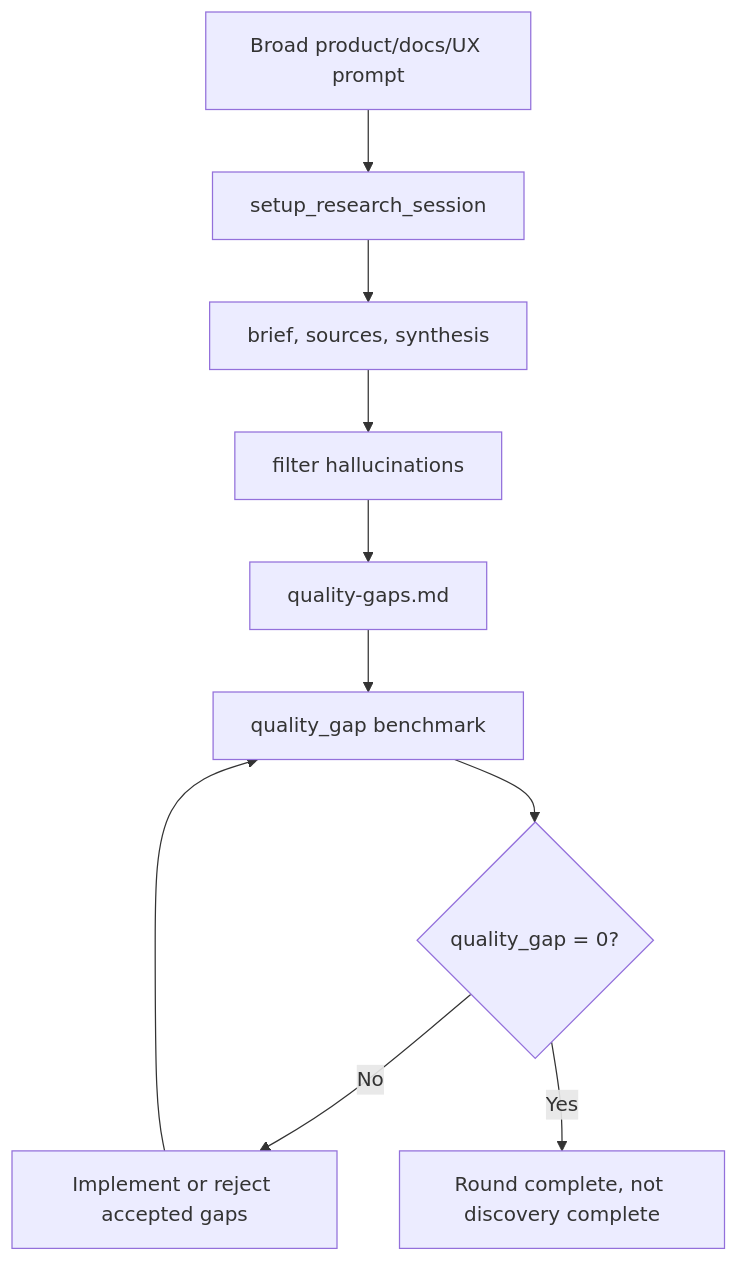
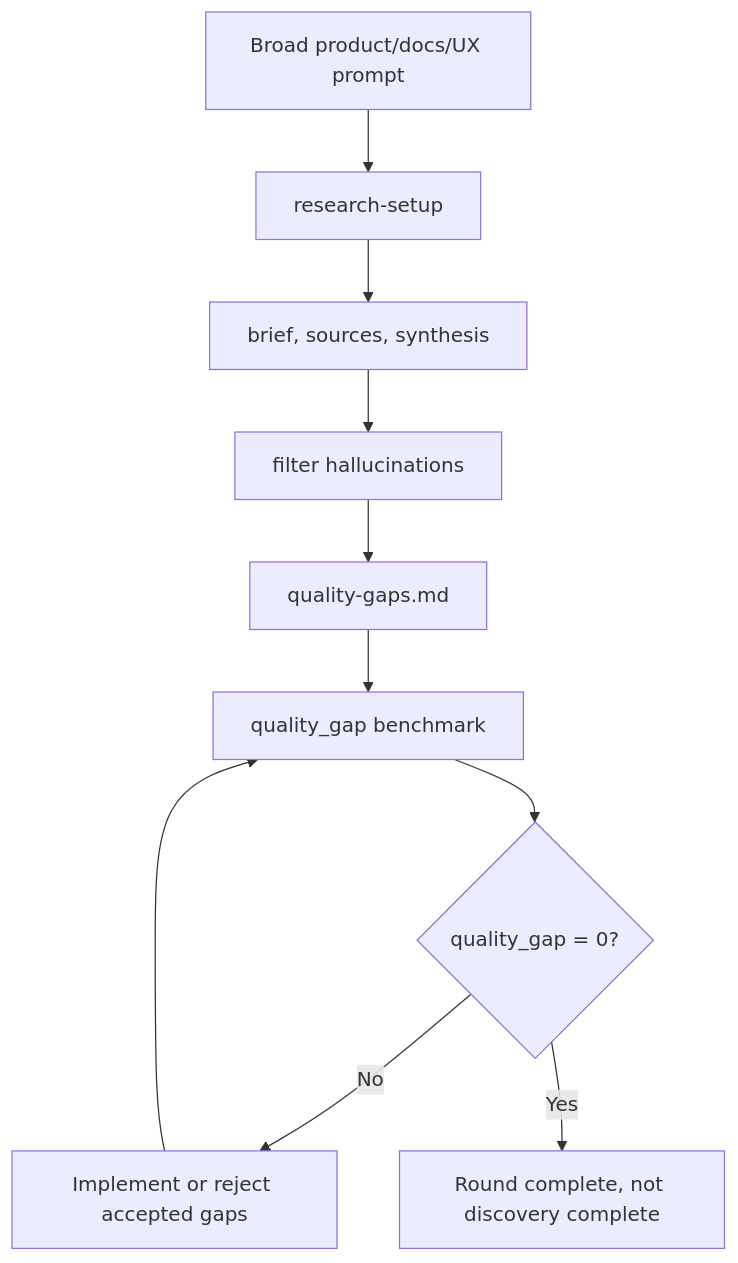
One commit to TheGreenCedar/codex-autoresearch changed the fourth of 5 diagrams in plugins/codex-autoresearch/docs/workflows.md. Above: the diagram before and after it, drawn with Mermaid. The commit also changed other lines of this file and 49 other files, not shown here.

````diff
--- a/plugins/codex-autoresearch/docs/workflows.md
+++ b/plugins/codex-autoresearch/docs/workflows.md
@@ -60,12 +60,12 @@
 ```mermaid
 flowchart TD
-  A["Broad product/docs/UX prompt"] --> B["setup_research_session"]
+  A["Broad product/docs/UX prompt"] --> B["research-setup"]
   B --> C["brief, sources, synthesis"]
   C --> D["filter hallucinations"]
   D --> E["quality-gaps.md"]
   E --> F["quality_gap benchmark"]
   F --> G{"quality_gap = 0?"}
   G -- "No" --> H["Implement or reject accepted gaps"]
   H --> F
   G -- "Yes" --> I["Round complete, not discovery complete"]
 ```
````
